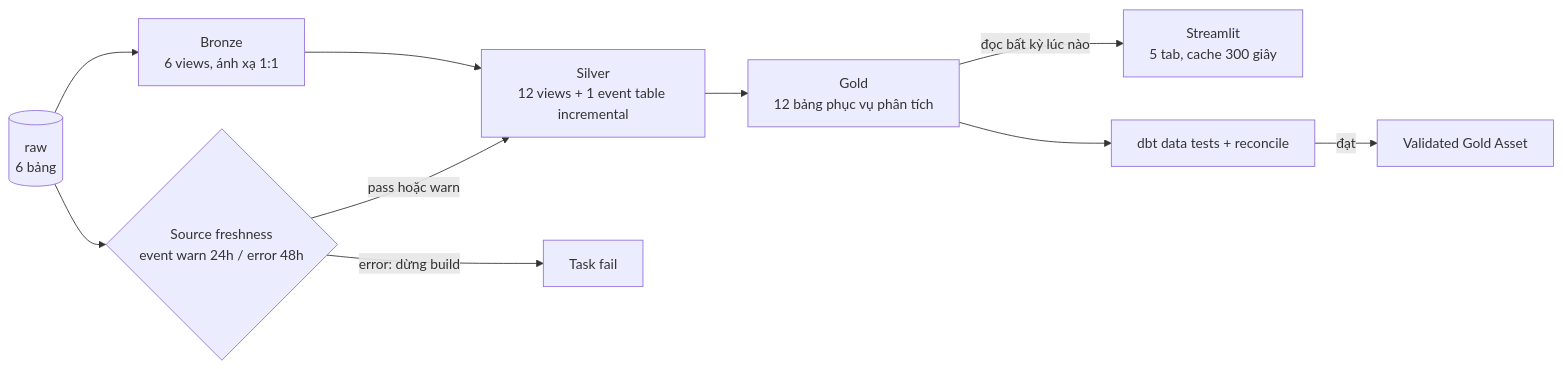
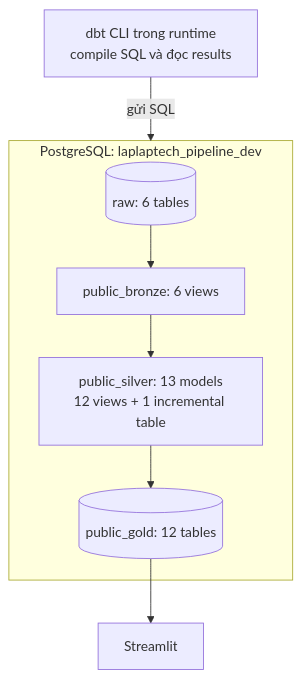
Before and after one commit to PhucTruong11/laplaptech_pipeline: the ninth of 13 diagrams in docs/architecture/data_flow.md, drawn with Mermaid. The commit also changed other lines of this file and 1 other file, not shown here.

Commit message:
Complement data_flow & roadmap

````diff
--- a/docs/architecture/data_flow.md
+++ b/docs/architecture/data_flow.md
@@ -70,12 +275,10 @@
 ```mermaid
-flowchart LR
-    R[(raw<br/>6 bảng)] --> B[Bronze<br/>6 views, ánh xạ 1:1]
-    B --> S[Silver<br/>12 views + 1 event table incremental]
-    S --> G[Gold<br/>12 bảng phục vụ phân tích]
-    G -->|đọc bất kỳ lúc nào| ST[Streamlit<br/>5 tab, cache 300 giây]
-    R --> F{Source freshness<br/>event warn 24h / error 48h}
-    F -->|error: dừng build| X[Task fail]
-    F -->|pass hoặc warn| S
-    G --> T[dbt data tests + reconcile]
-    T -->|đạt| VA[Validated Gold Asset]
+flowchart TB
+    CLI["dbt CLI trong runtime<br/>compile SQL và đọc results"] -->|"gửi SQL"| PG
+    subgraph PG["PostgreSQL: laplaptech_pipeline_dev"]
+        R[("raw: 6 tables")] --> B["public_bronze: 6 views"]
+        B --> S["public_silver: 13 models<br/>12 views + 1 incremental table"]
+        S --> G[("public_gold: 12 tables")]
+    end
+    G --> DASH["Streamlit"]
 ```
````
